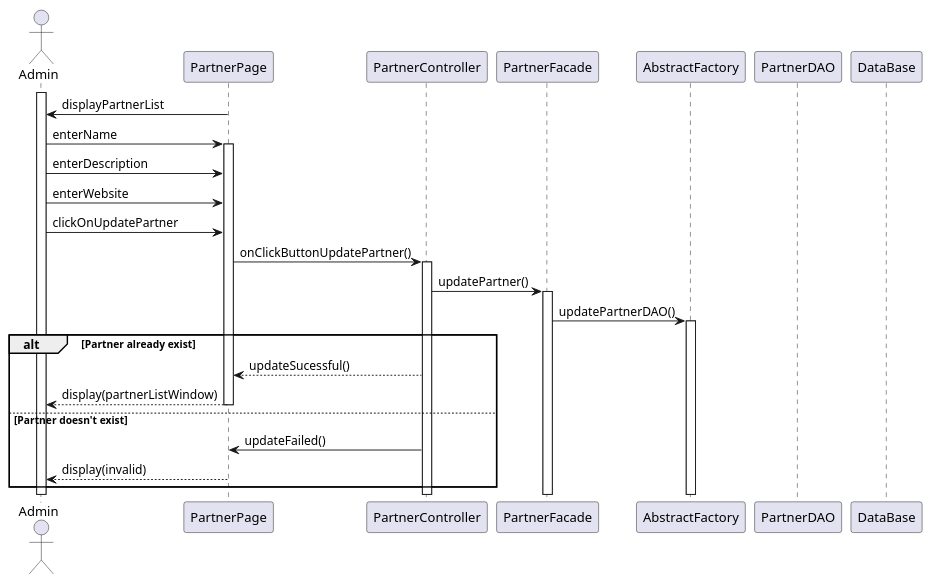
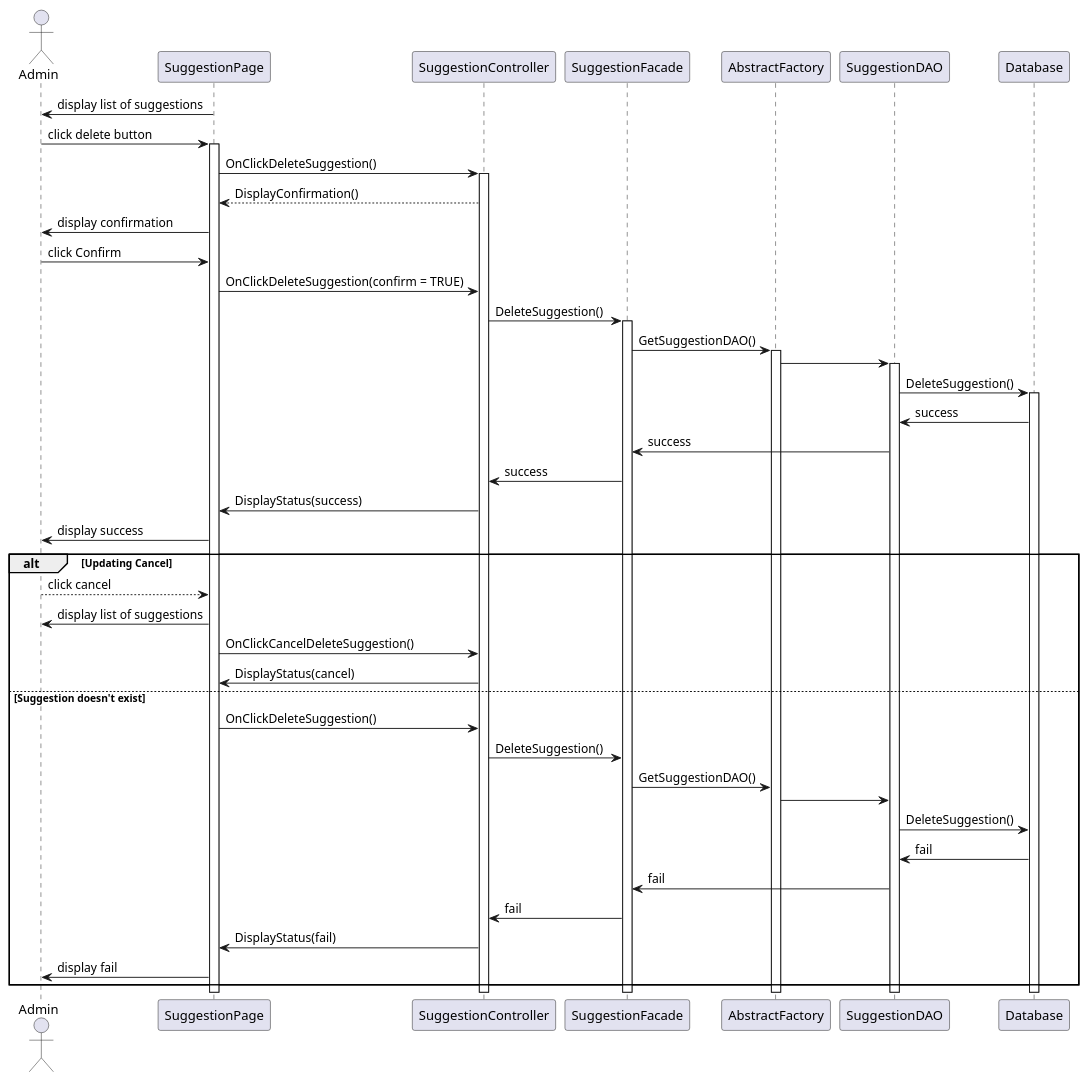
Before and after one commit to iusildra/WineCellar: the third of 3 diagrams in doc/reports/final/suggestions/suggestions_sequenceDiagram.plantuml, drawn with PlantUML. The commit also changed other lines of this file and 1 other file, not shown here.

Commit message:
reworking class diagram & sequence diagram

```diff
--- a/doc/reports/final/suggestions/suggestions_sequenceDiagram.plantuml
+++ b/doc/reports/final/suggestions/suggestions_sequenceDiagram.plantuml
@@ -52,31 +79,47 @@
 @startuml
 skinparam responseMessageBelowArrow true
 
 actor Admin
-participant PartnerPage
-participant PartnerController
-participant PartnerFacade
-participant AbstractFactory
-participant PartnerDAO
-participant DataBase
+ participant "SuggestionPage" as UI
+ participant "SuggestionController" as Controller
+ participant "SuggestionFacade" as Facade
+ participant "AbstractFactory" as Factory
+ participant "SuggestionDAO" as DAO
+ participant "Database" as DB
 
-activate Admin
+    UI -> Admin : display list of suggestions
+    Admin -> UI++ : click delete button
+    UI -> Controller++ : OnClickDeleteSuggestion()
+    Controller --> UI : DisplayConfirmation()
+    UI -> Admin : display confirmation
+    Admin -> UI : click Confirm
+    UI -> Controller : OnClickDeleteSuggestion(confirm = TRUE)
+    Controller -> Facade++ : DeleteSuggestion()
+    Facade -> Factory++ : GetSuggestionDAO()
+    Factory -> DAO++ :
+    DAO -> DB++ : DeleteSuggestion()
+    DB -> DAO : success
+    DAO -> Facade : success
+    Facade -> Controller : success
+    Controller -> UI : DisplayStatus(success)
+    UI -> Admin : display success
 
-PartnerPage -> Admin: displayPartnerList
-Admin -> PartnerPage++: enterName
-Admin -> PartnerPage: enterDescription
-Admin -> PartnerPage: enterWebsite
-Admin -> PartnerPage: clickOnUpdatePartner
-PartnerPage -> PartnerController++: onClickButtonUpdatePartner()
-PartnerController -> PartnerFacade++: updatePartner()
-PartnerFacade -> AbstractFactory++: updatePartnerDAO()
-
-alt Partner already exist
-    PartnerController --> PartnerPage: updateSucessful()
-    PartnerPage --> Admin--: display(partnerListWindow)
-else Partner doesn't exist
-    PartnerController -> PartnerPage: updateFailed()
-    PartnerPage --> Admin--: display(invalid)
+alt Updating Cancel
+    Admin --> UI : click cancel
+    UI ->  Admin : display list of suggestions
+    UI -> Controller : OnClickCancelDeleteSuggestion()
+    Controller -> UI : DisplayStatus(cancel)
+else Suggestion doesn't exist
+    UI -> Controller : OnClickDeleteSuggestion()
+    Controller -> Facade : DeleteSuggestion()
+    Facade -> Factory : GetSuggestionDAO()
+    Factory -> DAO :
+    DAO -> DB : DeleteSuggestion()
+    DB -> DAO : fail
+    DAO -> Facade : fail
+    Facade -> Controller : fail
+    Controller -> UI : DisplayStatus(fail)
+    UI -> Admin : display fail
 end
 
 @enduml
```
